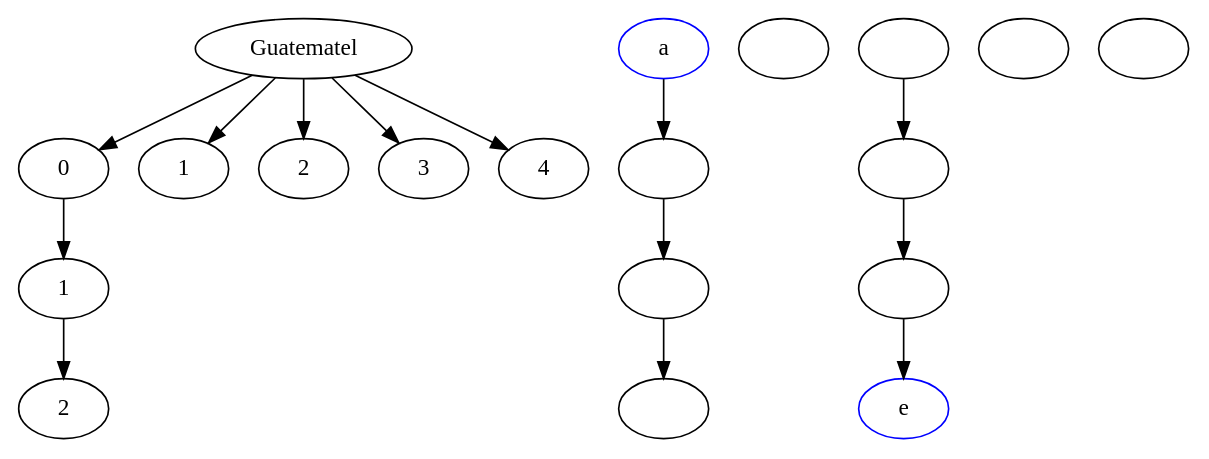
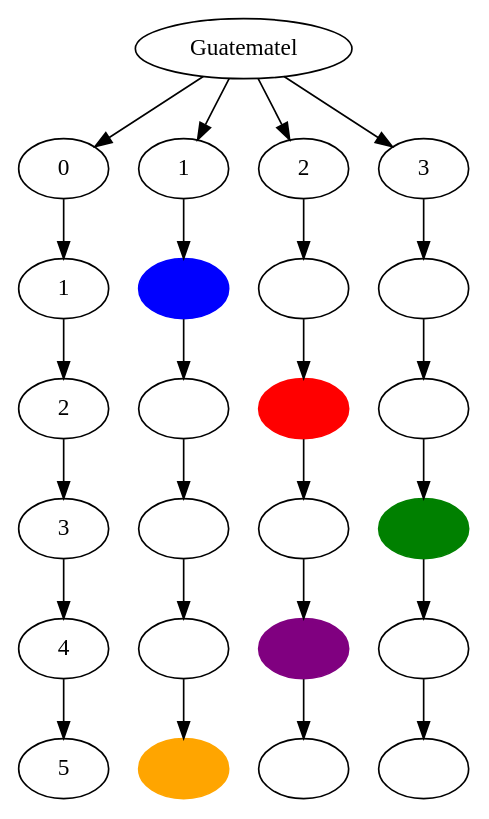
One commit to sajche12/IPC2_Practica1_201904490 changed the diagram in grafica.dot. Above: the diagram before and after it, drawn with Graphviz. The commit also changed 3 other files, not shown here.

```diff
--- a/grafica.dot
+++ b/grafica.dot
@@ -1,34 +1,51 @@
 digraph {
 	nombre [label=Guatematel]
 	0 [label=0]
 	nombre -> 0
 	0 -> 1
 	1 [label=1]
 	1 -> 2
 	2 [label=2]
+	2 -> 3
+	3 [label=3]
+	3 -> 4
+	4 [label=4]
+	4 -> 5
+	5 [label=5]
 	1.1 [label=1]
 	nombre -> 1.1
 	2.2 [label=2]
 	nombre -> 2.2
 	3.3 [label=3]
 	nombre -> 3.3
-	4.4 [label=4]
-	nombre -> 4.4
-	"1,1" [label=a color=blue]
-	"1,1" -> "1,2"
+	"1,1" [label="" color=blue fillcolor=blue style=filled]
 	"1,2" [label=""]
-	"1,2" -> "1,3"
 	"1,3" [label=""]
-	"1,3" -> "1,4"
-	"1,4" [label=""]
-	"1,5" [label=""]
 	"2,1" [label=""]
-	"2,1" -> "2,2"
-	"2,2" [label=""]
-	"2,2" -> "2,3"
+	"2,2" [label="" color=red fillcolor=red style=filled]
 	"2,3" [label=""]
-	"2,3" -> "2,4"
-	"2,4" [label=e color=blue]
-	"2,5" [label=""]
 	"3,1" [label=""]
+	"3,2" [label=""]
+	"3,3" [label="" color=green fillcolor=green style=filled]
+	"4,1" [label=""]
+	"4,2" [label="" color=purple fillcolor=purple style=filled]
+	"4,3" [label=""]
+	"5,1" [label="" color=orange fillcolor=orange style=filled]
+	"5,2" [label=""]
+	"5,3" [label=""]
+	"1,1" -> "2,1"
+	"1,2" -> "2,2"
+	"1,3" -> "2,3"
+	"2,1" -> "3,1"
+	"2,2" -> "3,2"
+	"2,3" -> "3,3"
+	"3,1" -> "4,1"
+	"3,2" -> "4,2"
+	"3,3" -> "4,3"
+	"4,1" -> "5,1"
+	"4,2" -> "5,2"
+	"4,3" -> "5,3"
+	1.1 -> "1,1"
+	2.2 -> "1,2"
+	3.3 -> "1,3"
 }
```
